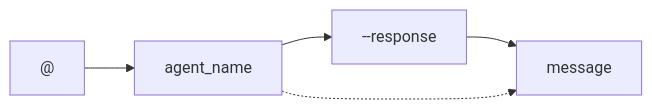
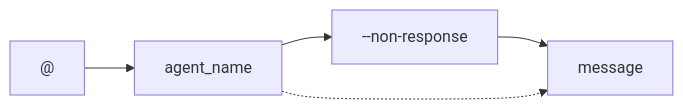
The third of 5 diagrams in guides/usage.md (s-hiraoku/synapse-a2a), drawn with Mermaid before and after one commit. The commit also changed other lines of this file and 16 other files, not shown here.

````diff
--- a/guides/usage.md
+++ b/guides/usage.md
@@ -293,10 +293,10 @@
 ```mermaid
 flowchart LR
     At["@"]
     Agent["agent_name"]
-    Option["--response"]
+    Option["--non-response"]
     Message["message"]
 
     At --> Agent --> Option --> Message
     Agent -.-> Message
 ```
````
